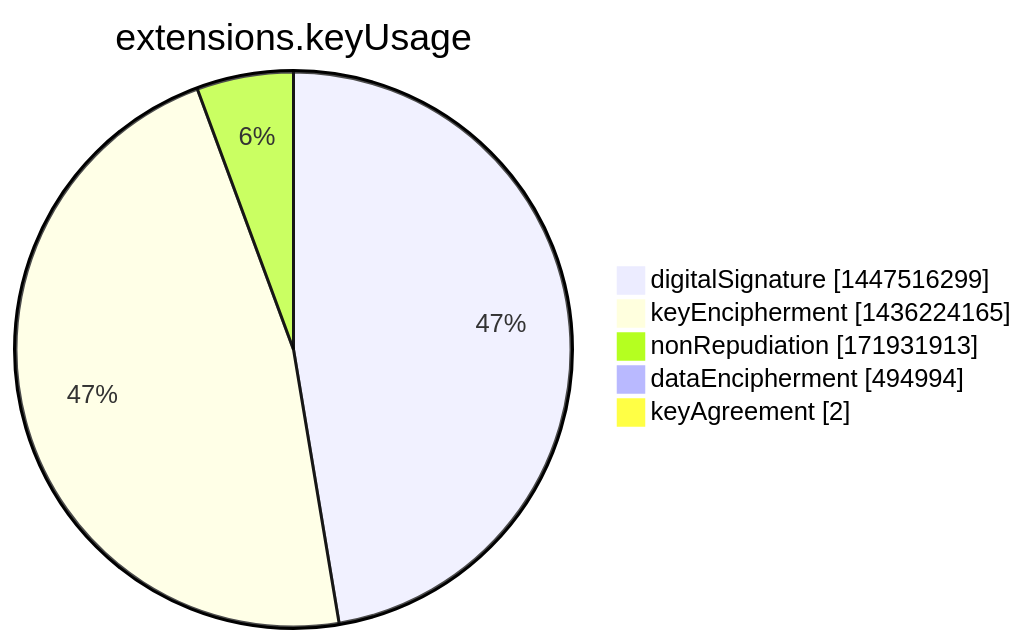
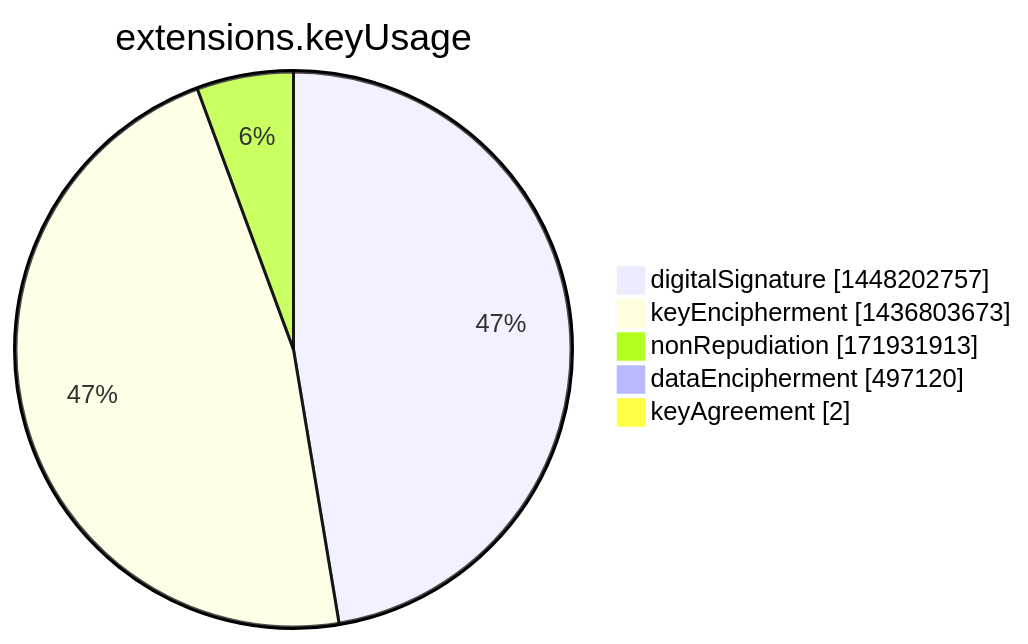
The seventh of 15 diagrams in argon2022/README.md (christiankrug/ctmonitor_visualization), drawn with Mermaid before and after one commit. The commit also changed other lines of this file, not shown here.

````diff
--- a/argon2022/README.md
+++ b/argon2022/README.md
@@ -2751,9 +2751,9 @@
 ```mermaid
 pie showData
 title extensions.keyUsage
-"digitalSignature" :1447516299
-"keyEncipherment" :1436224165
+"digitalSignature" :1448202757
+"keyEncipherment" :1436803673
 "nonRepudiation" :171931913
-"dataEncipherment" :494994
+"dataEncipherment" :497120
 "keyAgreement" :2
 ```
````
